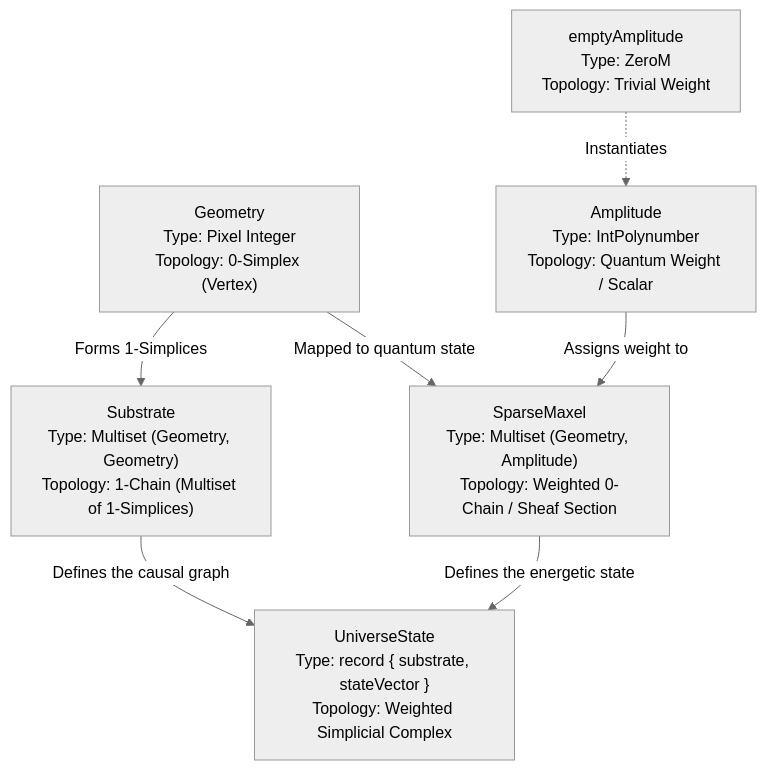
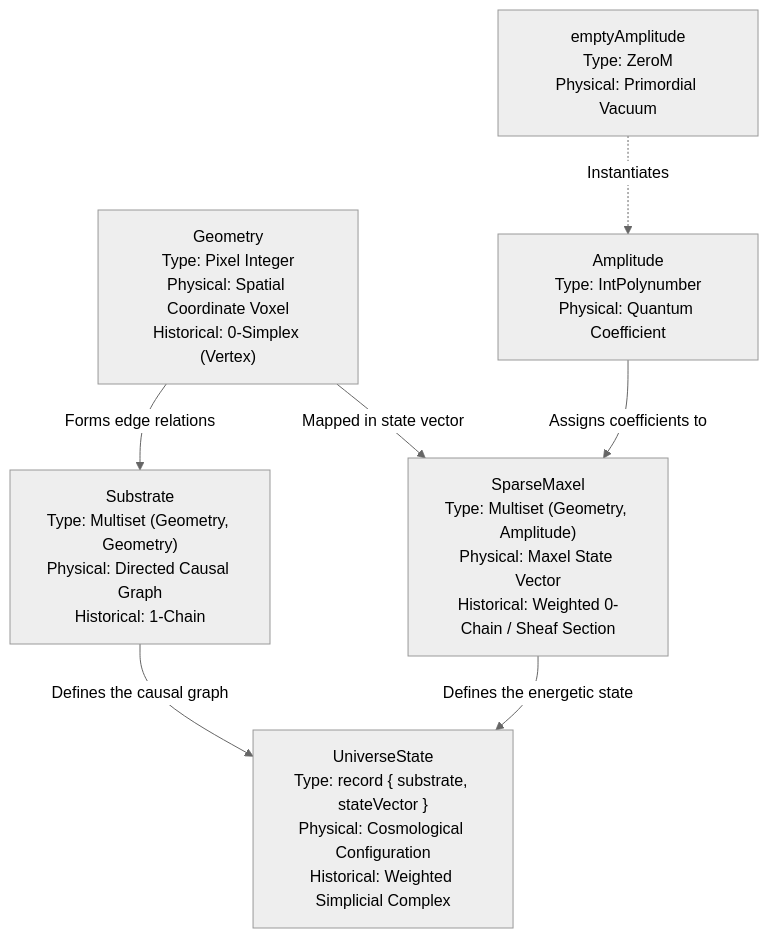
Before and after one commit to justinkelly-ie/idris2-Universe-Wiki: the diagram in Library/Wiki/Simplex/Simplicial_Architecture.md, drawn with Mermaid (neutral theme). The commit also changed other lines of this file and 6 other files, not shown here.

Commit message:
docs: refactor wiki to prioritize discrete multiset and causal flow boundary terminology

````diff
--- a/Library/Wiki/Simplex/Simplicial_Architecture.md
+++ b/Library/Wiki/Simplex/Simplicial_Architecture.md
@@ -7,16 +7,16 @@
 ```mermaid
 graph TD
-    A["Geometry<br>Type: Pixel Integer<br>Topology: 0-Simplex (Vertex)"]
-    B["Substrate<br>Type: Multiset (Geometry, Geometry)<br>Topology: 1-Chain (Multiset of 1-Simplices)"]
-    C["Amplitude<br>Type: IntPolynumber<br>Topology: Quantum Weight / Scalar"]
-    D["SparseMaxel<br>Type: Multiset (Geometry, Amplitude)<br>Topology: Weighted 0-Chain / Sheaf Section"]
-    E["UniverseState<br>Type: record { substrate, stateVector }<br>Topology: Weighted Simplicial Complex"]
-    F["emptyAmplitude<br>Type: ZeroM<br>Topology: Trivial Weight"]
+    A["Geometry<br>Type: Pixel Integer<br>Physical: Spatial Coordinate Voxel<br>Historical: 0-Simplex (Vertex)"]
+    B["Substrate<br>Type: Multiset (Geometry, Geometry)<br>Physical: Directed Causal Graph<br>Historical: 1-Chain"]
+    C["Amplitude<br>Type: IntPolynumber<br>Physical: Quantum Coefficient"]
+    D["SparseMaxel<br>Type: Multiset (Geometry, Amplitude)<br>Physical: Maxel State Vector<br>Historical: Weighted 0-Chain / Sheaf Section"]
+    E["UniverseState<br>Type: record { substrate, stateVector }<br>Physical: Cosmological Configuration<br>Historical: Weighted Simplicial Complex"]
+    F["emptyAmplitude<br>Type: ZeroM<br>Physical: Primordial Vacuum"]
 
     F -.->|Instantiates| C
-    A -->|Forms 1-Simplices| B
-    A -->|Mapped to quantum state| D
-    C -->|Assigns weight to| D
+    A -->|Forms edge relations| B
+    A -->|Mapped in state vector| D
+    C -->|Assigns coefficients to| D
     B -->|Defines the causal graph| E
     D -->|Defines the energetic state| E
 ```
````
